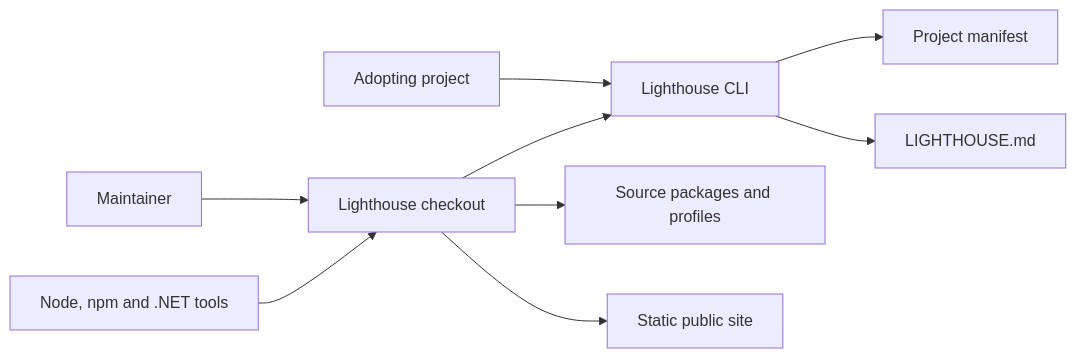
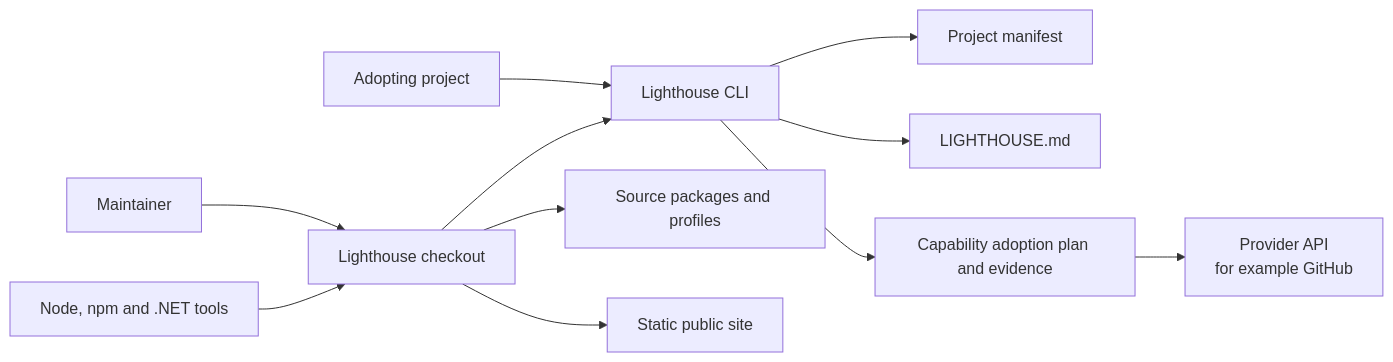
Before and after one commit to juangcarmona/lighthouse: the first of 2 diagrams in docs/architecture/03-context-and-scope/README.md, drawn with Mermaid. The commit also changed other lines of this file and 11 other files, not shown here.

Commit message:
test: harden capability adoption contract

````diff
--- a/docs/architecture/03-context-and-scope/README.md
+++ b/docs/architecture/03-context-and-scope/README.md
@@ -11,12 +11,14 @@
 ```mermaid
 flowchart LR
     accTitle: Current Lighthouse repository context
     maintainer[Maintainer] --> checkout[Lighthouse checkout]
     adopter[Adopting project] --> cli[Lighthouse CLI]
     checkout --> cli
     cli --> manifest[Project manifest]
     cli --> projection[LIGHTHOUSE.md]
+    cli --> adoption[Capability adoption plan and evidence]
     checkout --> packages[Source packages and profiles]
     checkout --> site[Static public site]
     tools[Node, npm and .NET tools] --> checkout
+    adoption --> provider[Provider API<br/>for example GitHub]
 ```
````
